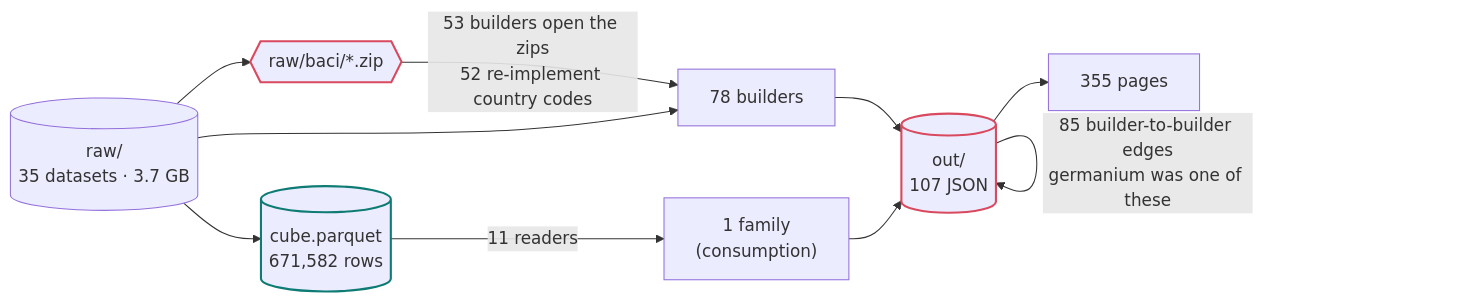
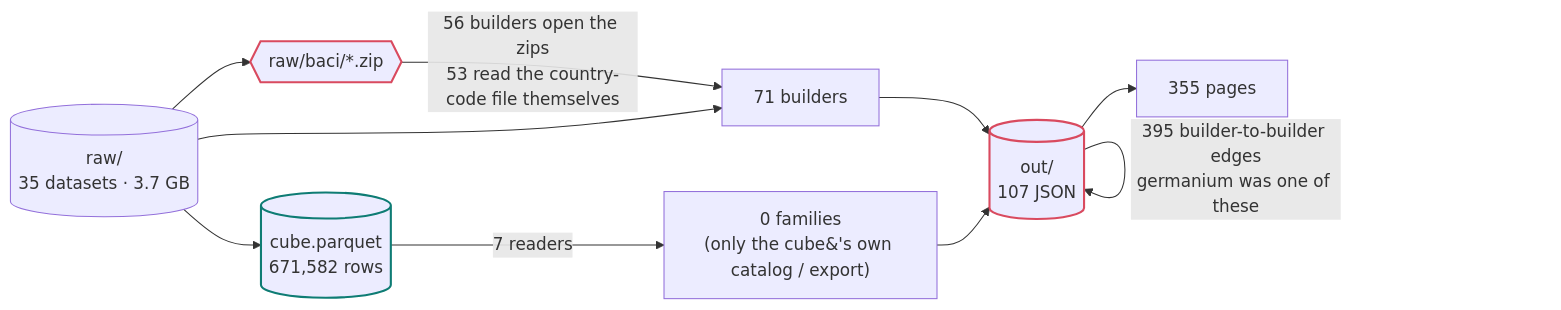
Before and after one commit to Varcolacus/critical-materials-atlas: the first of 4 diagrams in ARCHITECTURE.md, drawn with Mermaid. The commit also changed other lines of this file and 3 other files, not shown here.

First line of the commit message:
Phase 1: the dependency graph, observed - and every grep number was wrong

````diff
--- a/ARCHITECTURE.md
+++ b/ARCHITECTURE.md
@@ -208,25 +244,25 @@
 ```mermaid
 flowchart LR
   RAW[("raw/<br>35 datasets · 3.7 GB")]
   ZIP{{"raw/baci/*.zip"}}
   CUBE[("cube.parquet<br>671,582 rows")]
-  B78["78 builders"]
-  B1["1 family<br>(consumption)"]
+  B78["71 builders"]
+  B1["0 families<br>(only the cube&#39;s own catalog / export)"]
   OUT[("out/<br>107 JSON")]
   PAGES["355 pages"]
 
   RAW --> ZIP
-  ZIP -->|"53 builders open the zips<br>52 re-implement country codes"| B78
+  ZIP -->|"56 builders open the zips<br>53 read the country-code file themselves"| B78
   RAW --> CUBE
   RAW --> B78
-  CUBE -->|"11 readers"| B1
+  CUBE -->|"7 readers"| B1
   B78 --> OUT
   B1 --> OUT
-  OUT -->|"85 builder-to-builder edges<br>germanium was one of these"| OUT
+  OUT -->|"395 builder-to-builder edges<br>germanium was one of these"| OUT
   OUT --> PAGES
 
   classDef bad stroke:#d94a5f,stroke-width:2px
   classDef ok stroke:#0e7c74,stroke-width:2px
   class ZIP,OUT bad
   class CUBE ok
 ```
````
